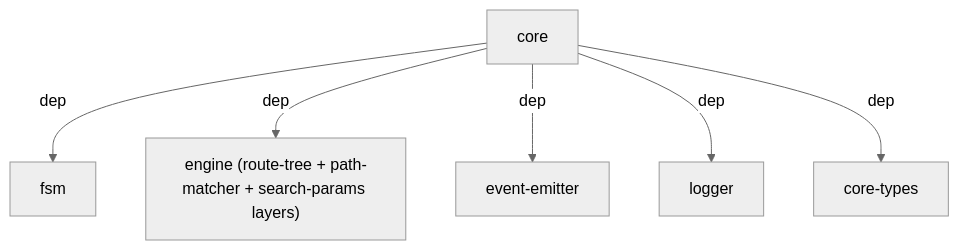
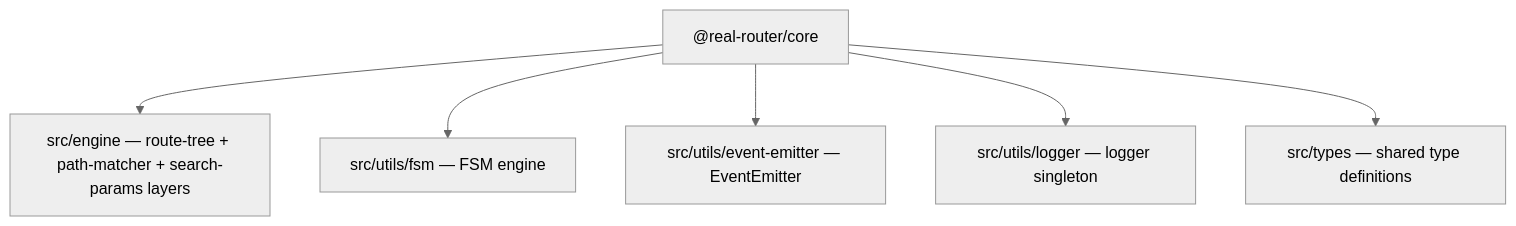
Before and after one commit to greydragon888/real-router: the diagram in packages/core/ARCHITECTURE.md, drawn with Mermaid (neutral theme). The commit also changed other lines of this file and 11 other files, not shown here.

Commit message:
fix(core): normalize a route path missing a leading slash (#1407) (#1546)

````diff
--- a/packages/core/ARCHITECTURE.md
+++ b/packages/core/ARCHITECTURE.md
@@ -56,8 +67,8 @@
 ```mermaid
 graph TD
-    CORE["core"] -->|dep| FSM["fsm"]
-    CORE -->|dep| ENGINE["engine (route-tree + path-matcher + search-params layers)"]
-    CORE -->|dep| EE["event-emitter"]
-    CORE -->|dep| LOG["logger"]
-    CORE -->|dep| TYPES["core-types"]
+    CORE["@real-router/core"] --> ENGINE["src/engine — route-tree + path-matcher + search-params layers"]
+    CORE --> FSM["src/utils/fsm — FSM engine"]
+    CORE --> EE["src/utils/event-emitter — EventEmitter"]
+    CORE --> LOG["src/utils/logger — logger singleton"]
+    CORE --> TYPES["src/types — shared type definitions"]
 ```
````
